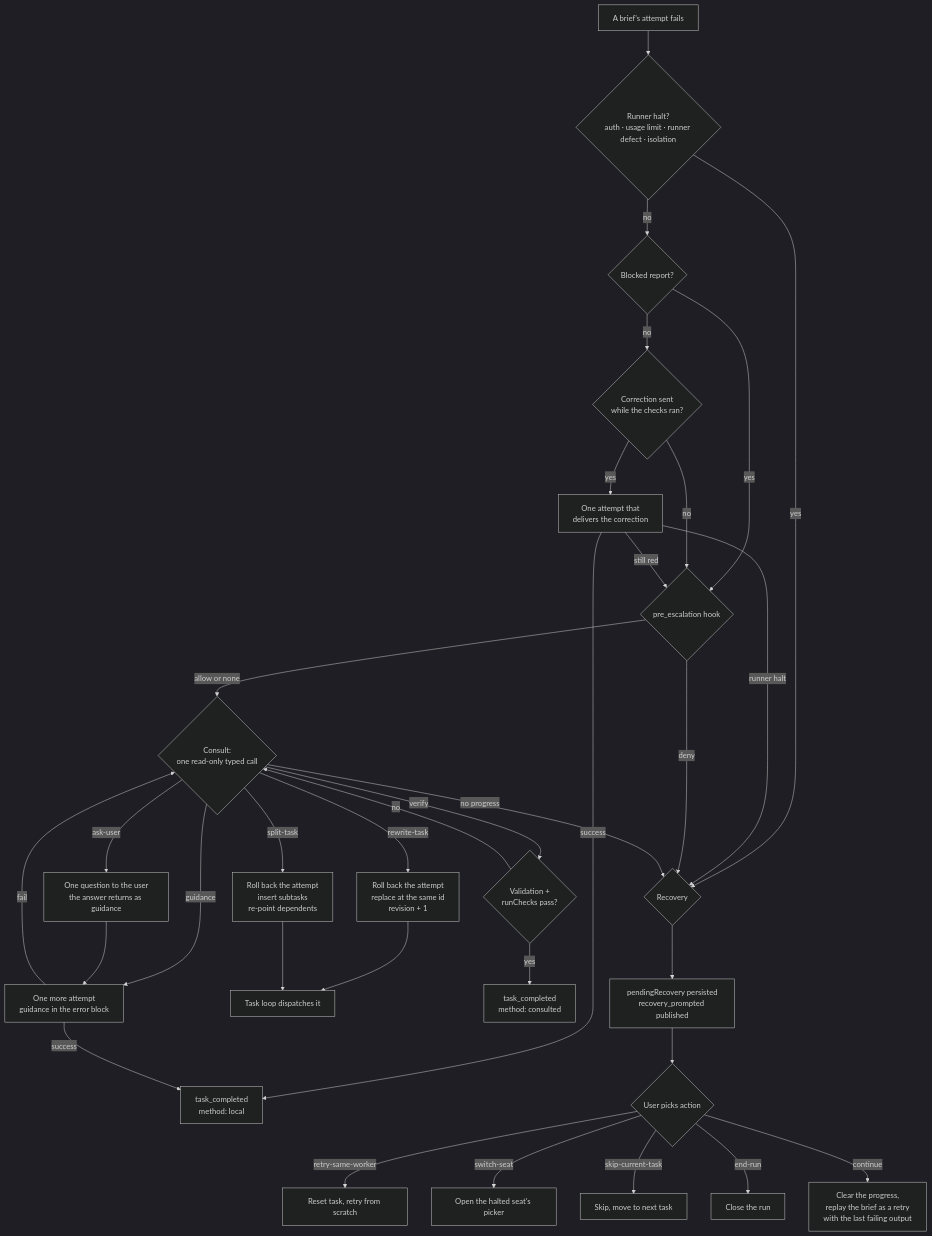
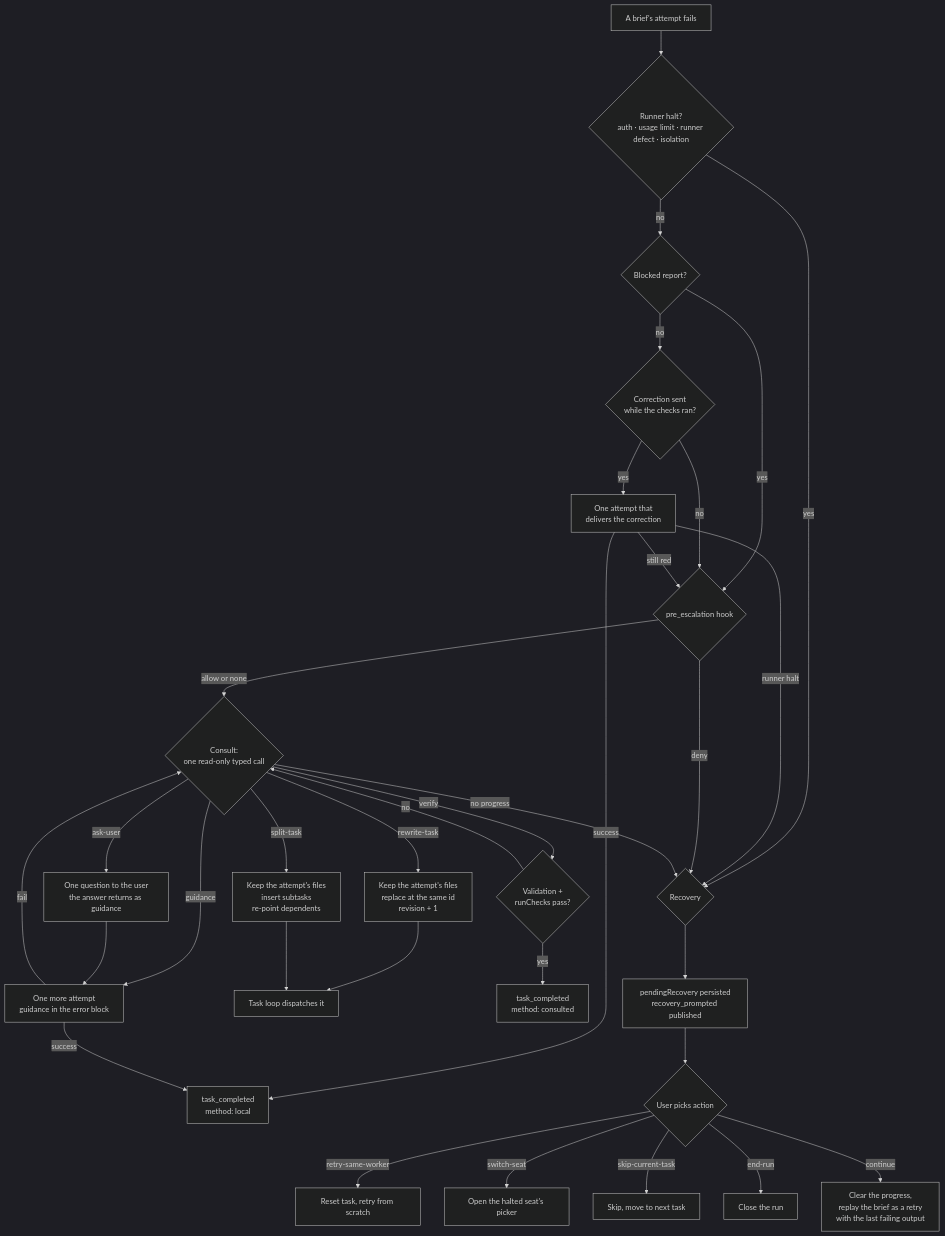
The diagram in docs/APPROVAL-AND-RECOVERY.md (b4r7x/splitbrief), drawn with Mermaid (dark theme) before and after one commit. The commit also changed other lines of this file and 62 other files, not shown here.

````diff
--- a/docs/APPROVAL-AND-RECOVERY.md
+++ b/docs/APPROVAL-AND-RECOVERY.md
@@ -126,35 +126,35 @@
 ```mermaid
 flowchart TD
     F[A brief's attempt fails] --> H{Runner halt?<br/>auth · usage limit · runner defect · isolation}
     H -->|yes| REC{Recovery}
     H -->|no| B{Blocked report?}
     B -->|yes| HK{pre_escalation hook}
     B -->|no| HC{Correction sent<br/>while the checks ran?}
     HC -->|yes| LR[One attempt that<br/>delivers the correction]
     HC -->|no| HK
     LR -->|success| DONE[task_completed<br/>method: local]
     LR -->|runner halt| REC
     LR -->|still red| HK
     HK -->|deny| REC
     HK -->|allow or none| C{Consult:<br/>one read-only typed call}
     C -->|guidance| HR[One more attempt<br/>guidance in the error block]
     HR -->|success| DONE
     HR -->|fail| C
-    C -->|rewrite-task| RW[Roll back the attempt<br/>replace at the same id<br/>revision + 1]
+    C -->|rewrite-task| RW[Keep the attempt's files<br/>replace at the same id<br/>revision + 1]
     RW --> LOOP[Task loop dispatches it]
-    C -->|split-task| SP[Roll back the attempt<br/>insert subtasks<br/>re-point dependents]
+    C -->|split-task| SP[Keep the attempt's files<br/>insert subtasks<br/>re-point dependents]
     SP --> LOOP
     C -->|verify| V{Validation +<br/>runChecks pass?}
     V -->|yes| DONEC[task_completed<br/>method: consulted]
     V -->|no| C
     C -->|ask-user| ASK[One question to the user<br/>the answer returns as guidance]
     ASK --> HR
     C -->|no progress| REC
     REC --> PROMPT[pendingRecovery persisted<br/>recovery_prompted published]
     PROMPT --> USER{User picks action}
     USER -->|retry-same-worker| RESET[Reset task, retry from scratch]
     USER -->|switch-seat| SWITCH[Open the halted seat's picker]
     USER -->|skip-current-task| SKIP[Skip, move to next task]
     USER -->|end-run| ABORT[Close the run]
     USER -->|continue| CONT[Clear the progress,<br/>replay the brief as a retry<br/>with the last failing output]
 ```
````
